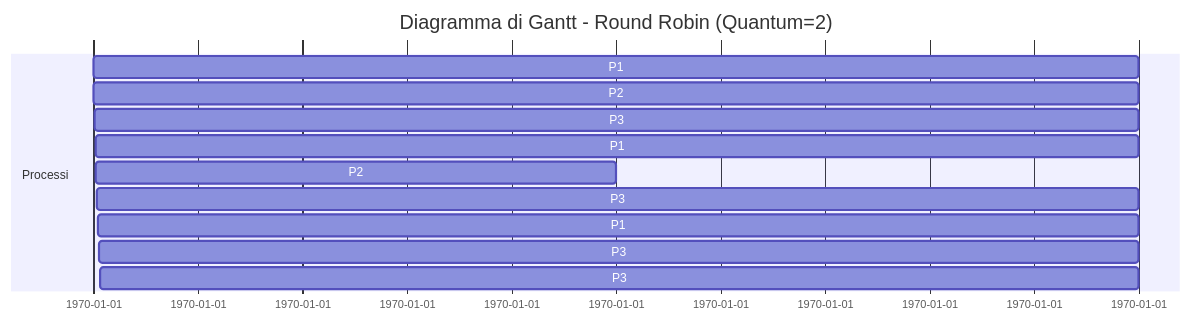
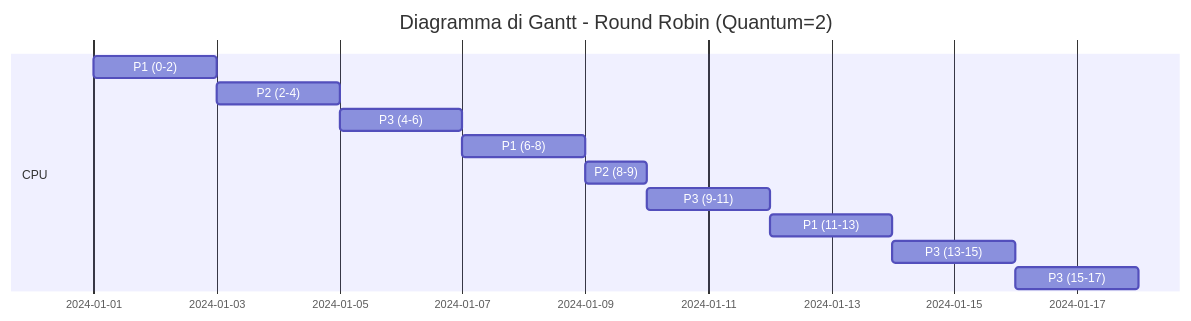
One commit to Fede-7/Notes changed the third of 10 diagrams in Senza nome 1.md. Above: the diagram before and after it, drawn with Mermaid. The commit also changed other lines of this file and 1 other file, not shown here.

Commit message:
Commit from PC on 27/05/2026, 10:24:54

````diff
--- a/Senza nome 1.md
+++ b/Senza nome 1.md
@@ -224,15 +225,16 @@
 ```mermaid
 gantt
     title Diagramma di Gantt - Round Robin (Quantum=2)
-    dateFormat X
-    section Processi
-    P1 :a1, 0, 2
-    P2 :a2, 1, 2
-    P3 :a3, 2, 2
-    P1 :a4, 4, 2
-    P2 :a5, 5, 1
-    P3 :a6, 6, 2
-    P1 :a7, 8, 2
-    P3 :a8, 10, 2
-    P3 :a9, 12, 2
+    dateFormat YYYY-MM-DD
+    
+    section CPU
+    P1 (0-2)   :p1a, 2024-01-01, 2d
+    P2 (2-4)   :p2a, 2024-01-03, 2d
+    P3 (4-6)   :p3a, 2024-01-05, 2d
+    P1 (6-8)   :p1b, 2024-01-07, 2d
+    P2 (8-9)   :p2b, 2024-01-09, 1d
+    P3 (9-11)  :p3b, 2024-01-10, 2d
+    P1 (11-13) :p1c, 2024-01-12, 2d
+    P3 (13-15) :p3c, 2024-01-14, 2d
+    P3 (15-17) :p3d, 2024-01-16, 2d
 ```
````
